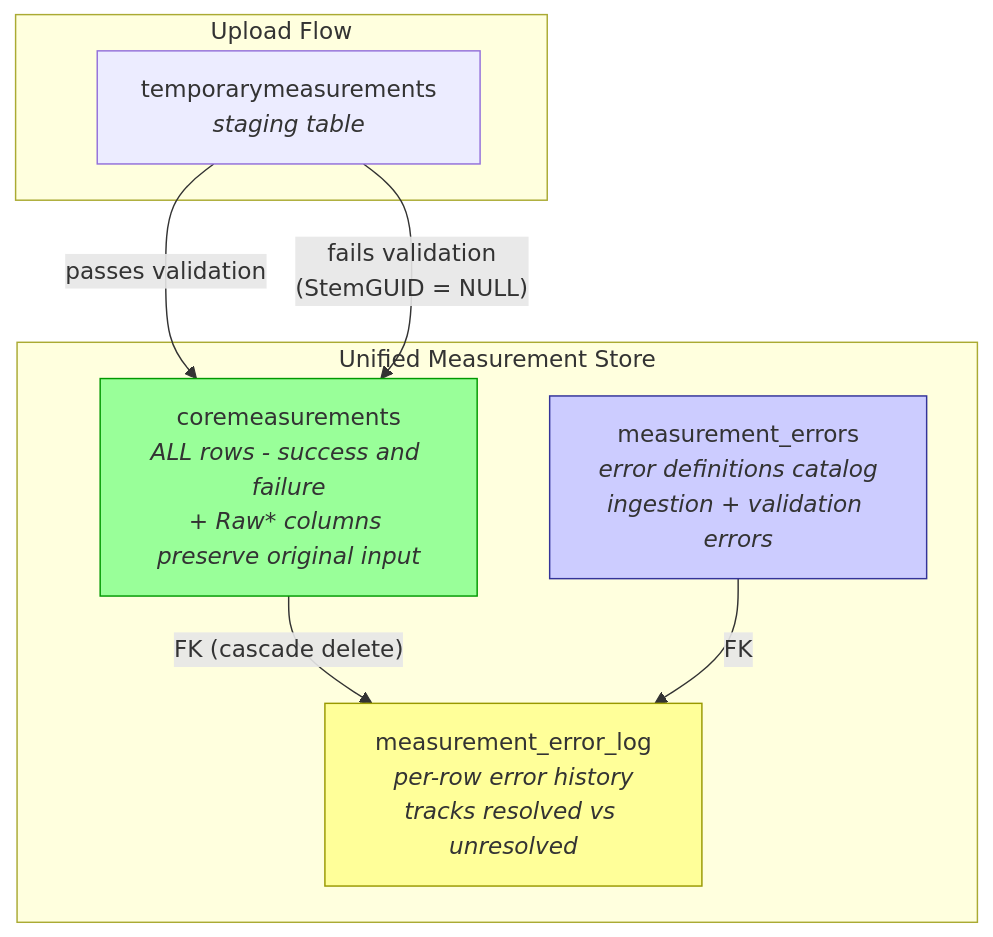
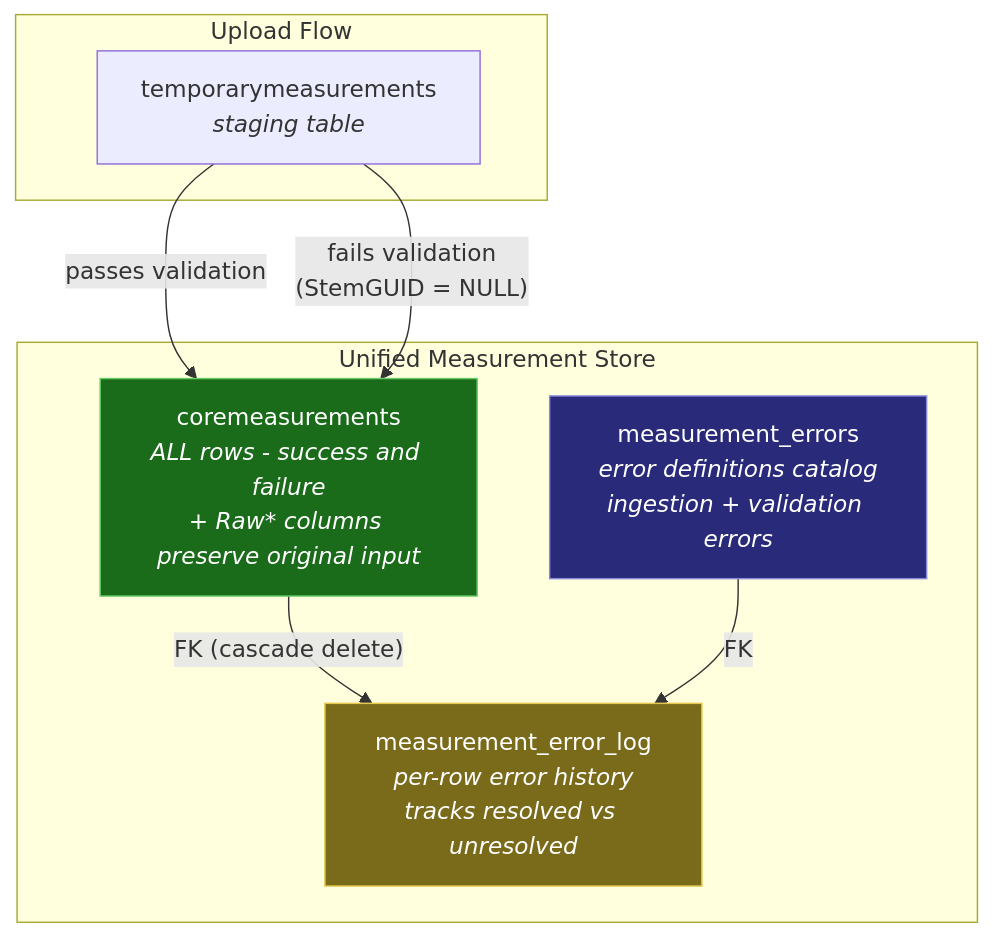
The second of 4 diagrams in unified-measurements-branch-overview.md (Smithsonian/ForestGEO), drawn with Mermaid before and after one commit. The commit also changed other lines of this file and 10 other files, not shown here.

````diff
--- a/unified-measurements-branch-overview.md
+++ b/unified-measurements-branch-overview.md
@@ -46,21 +46,21 @@
 ```mermaid
 graph TD
     subgraph "Upload Flow"
         TMP[temporarymeasurements<br/><i>staging table</i>]
     end
 
     subgraph "Unified Measurement Store"
         CM2[coremeasurements<br/><i>ALL rows - success and failure</i><br/><i>+ Raw* columns preserve original input</i>]
         MEL[measurement_error_log<br/><i>per-row error history</i><br/><i>tracks resolved vs unresolved</i>]
         ME[measurement_errors<br/><i>error definitions catalog</i><br/><i>ingestion + validation errors</i>]
         CM2 -->|"FK (cascade delete)"| MEL
         ME -->|"FK"| MEL
     end
 
     TMP -->|"passes validation"| CM2
     TMP -->|"fails validation<br/>(StemGUID = NULL)"| CM2
 
-    style CM2 fill:#9f9,stroke:#090
-    style MEL fill:#ff9,stroke:#990
-    style ME fill:#ccf,stroke:#339
+    style CM2 fill:#1a6b1a,stroke:#66cc66,color:#fff
+    style MEL fill:#7a6b1a,stroke:#e6c84d,color:#fff
+    style ME fill:#2a2a7a,stroke:#8888dd,color:#fff
 ```
````
